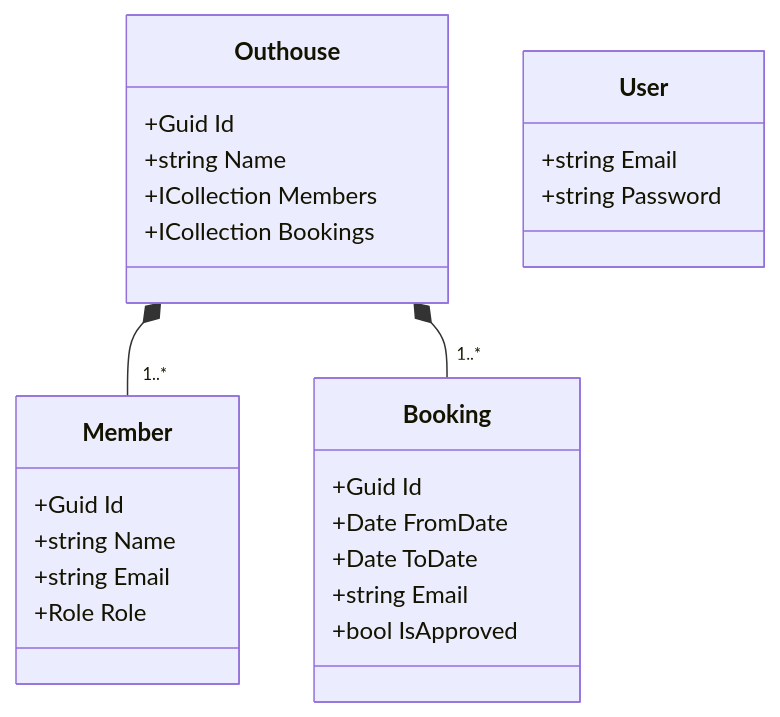
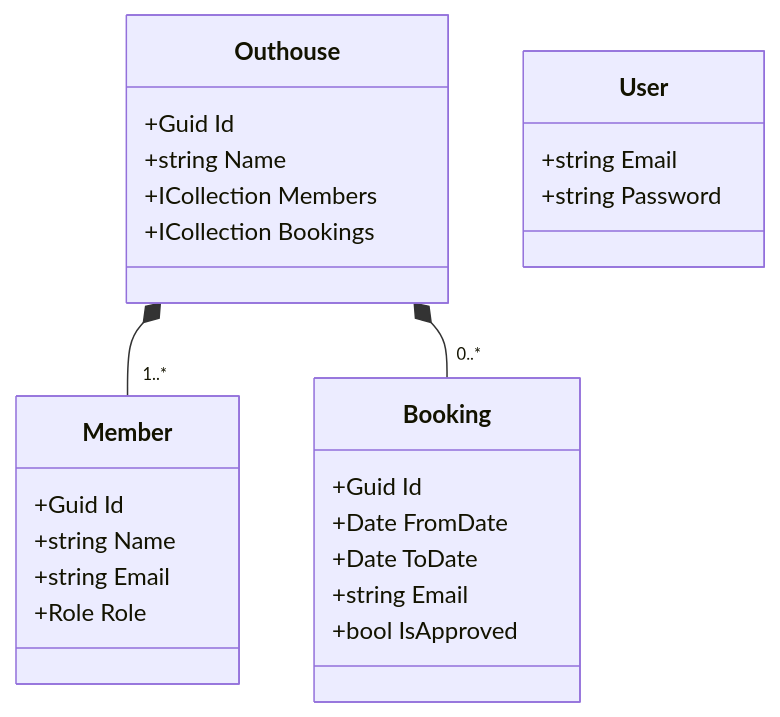
The diagram in README.md (janheindejong/outhouse), drawn with Mermaid before and after one commit.

Commit message:
[docs] Fix in cardinality in domain model

````diff
--- a/README.md
+++ b/README.md
@@ -16,33 +16,33 @@
 ```mermaid 
 classDiagram
 
 class Outhouse {
    +Guid Id
    +string Name 
    +ICollection<Member> Members
    +ICollection<Booking> Bookings
 }
 
 class Member {
    +Guid Id 
    +string Name 
    +string Email
    +Role Role
 }
 
 class Booking {
     +Guid Id
     +Date FromDate
     +Date ToDate
     +string Email
     +bool IsApproved
 }
 
 class User {
     +string Email
     +string Password
 }
 
 Outhouse *-- "1..*" Member
-Outhouse *-- "1..*" Booking
+Outhouse *-- "0..*" Booking
 ```
````
